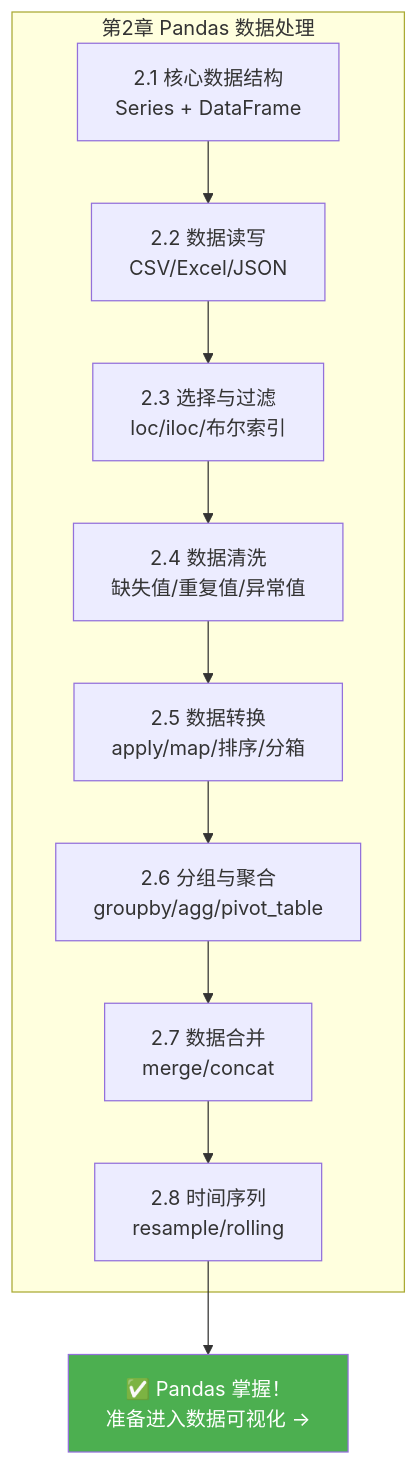
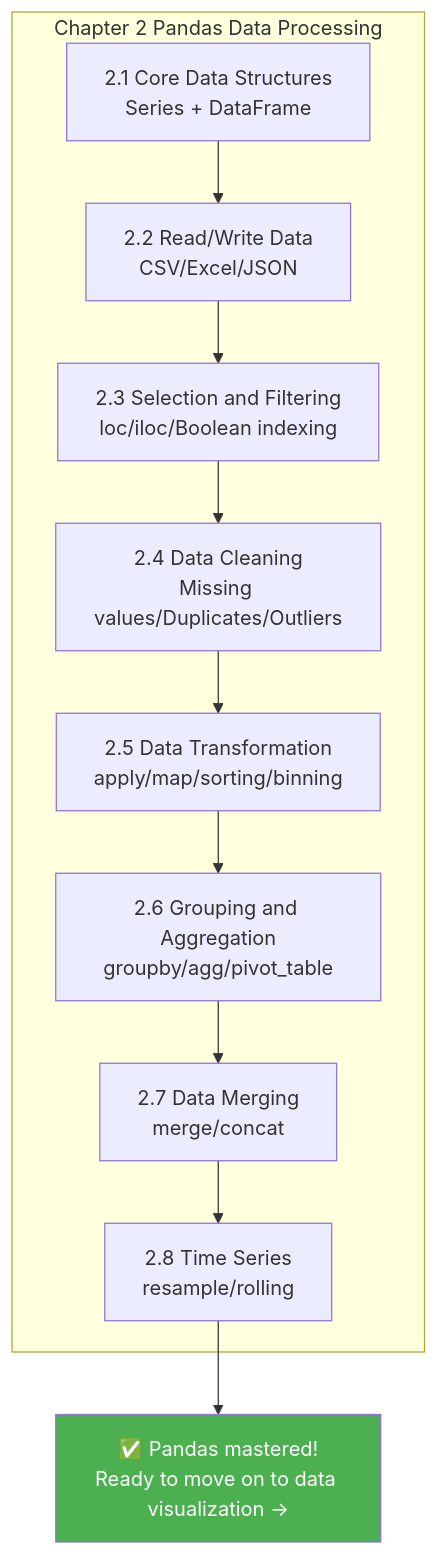
The diagram in docs/ch03-data-analysis/ch03-pandas/08-time-series.md (oudbiao/AI-fullstack-course), drawn with Mermaid before and after one commit. The commit also changed other lines of this file and 1406 other files, not shown here.

````diff
--- a/docs/ch03-data-analysis/ch03-pandas/08-time-series.md
+++ b/docs/ch03-data-analysis/ch03-pandas/08-time-series.md
@@ -412,16 +412,16 @@
 ```mermaid
 flowchart TB
-    subgraph "第2章 Pandas 数据处理"
-        A["2.1 核心数据结构<br/>Series + DataFrame"] --> B["2.2 数据读写<br/>CSV/Excel/JSON"]
-        B --> C["2.3 选择与过滤<br/>loc/iloc/布尔索引"]
-        C --> D["2.4 数据清洗<br/>缺失值/重复值/异常值"]
-        D --> E["2.5 数据转换<br/>apply/map/排序/分箱"]
-        E --> F["2.6 分组与聚合<br/>groupby/agg/pivot_table"]
-        F --> G["2.7 数据合并<br/>merge/concat"]
-        G --> H["2.8 时间序列<br/>resample/rolling"]
+    subgraph "Chapter 2 Pandas Data Processing"
+        A["2.1 Core Data Structures<br/>Series + DataFrame"] --> B["2.2 Read/Write Data<br/>CSV/Excel/JSON"]
+        B --> C["2.3 Selection and Filtering<br/>loc/iloc/Boolean indexing"]
+        C --> D["2.4 Data Cleaning<br/>Missing values/Duplicates/Outliers"]
+        D --> E["2.5 Data Transformation<br/>apply/map/sorting/binning"]
+        E --> F["2.6 Grouping and Aggregation<br/>groupby/agg/pivot_table"]
+        F --> G["2.7 Data Merging<br/>merge/concat"]
+        G --> H["2.8 Time Series<br/>resample/rolling"]
     end
 
-    H --> I["✅ Pandas 掌握！<br/>准备进入数据可视化 →"]
+    H --> I["✅ Pandas mastered!<br/>Ready to move on to data visualization →"]
 
     style I fill:#4caf50,color:#fff
 ```
````
